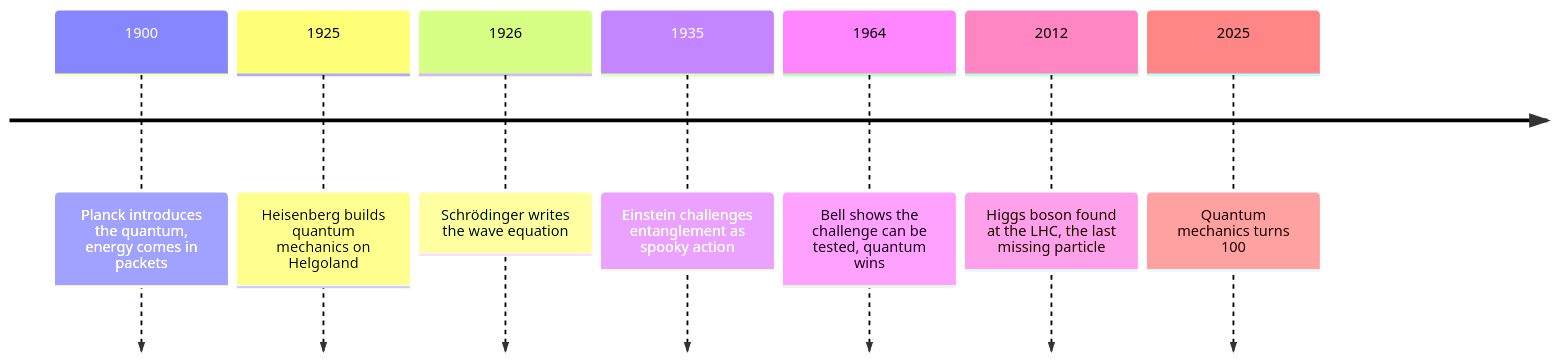
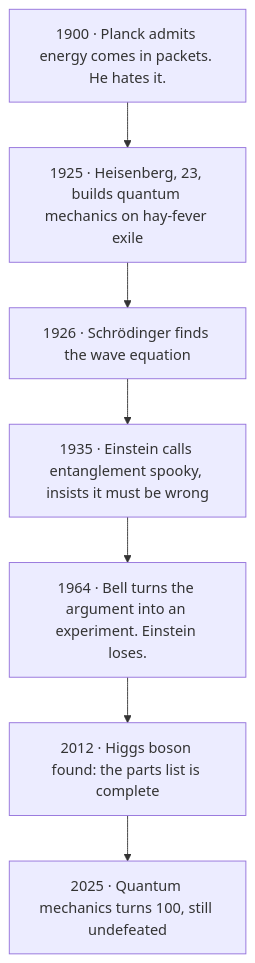
The first of 3 diagrams in public/write-up/quantum-and-particle-physics/index.md (ashimsharma10/ashimsharma10.github.io), drawn with Mermaid before and after one commit. The commit also changed other lines of this file and 6 other files, not shown here.

First line of the commit message:
Quantum write-up: new title, readable timeline, precession scene, 3 new sections

````diff
--- a/public/write-up/quantum-and-particle-physics/index.md
+++ b/public/write-up/quantum-and-particle-physics/index.md
@@ -13,10 +16,9 @@
 ```mermaid
-timeline
-    1900 : Planck introduces the quantum, energy comes in packets
-    1925 : Heisenberg builds quantum mechanics on Helgoland
-    1926 : Schrödinger writes the wave equation
-    1935 : Einstein challenges entanglement as spooky action
-    1964 : Bell shows the challenge can be tested, quantum wins
-    2012 : Higgs boson found at the LHC, the last missing particle
-    2025 : Quantum mechanics turns 100
+flowchart TD
+    A["1900 · Planck admits energy comes in packets. He hates it."] --> B["1925 · Heisenberg, 23, builds quantum mechanics on hay-fever exile"]
+    B --> C["1926 · Schrödinger finds the wave equation"]
+    C --> D["1935 · Einstein calls entanglement spooky, insists it must be wrong"]
+    D --> E["1964 · Bell turns the argument into an experiment. Einstein loses."]
+    E --> F["2012 · Higgs boson found: the parts list is complete"]
+    F --> G["2025 · Quantum mechanics turns 100, still undefeated"]
 ```
````
